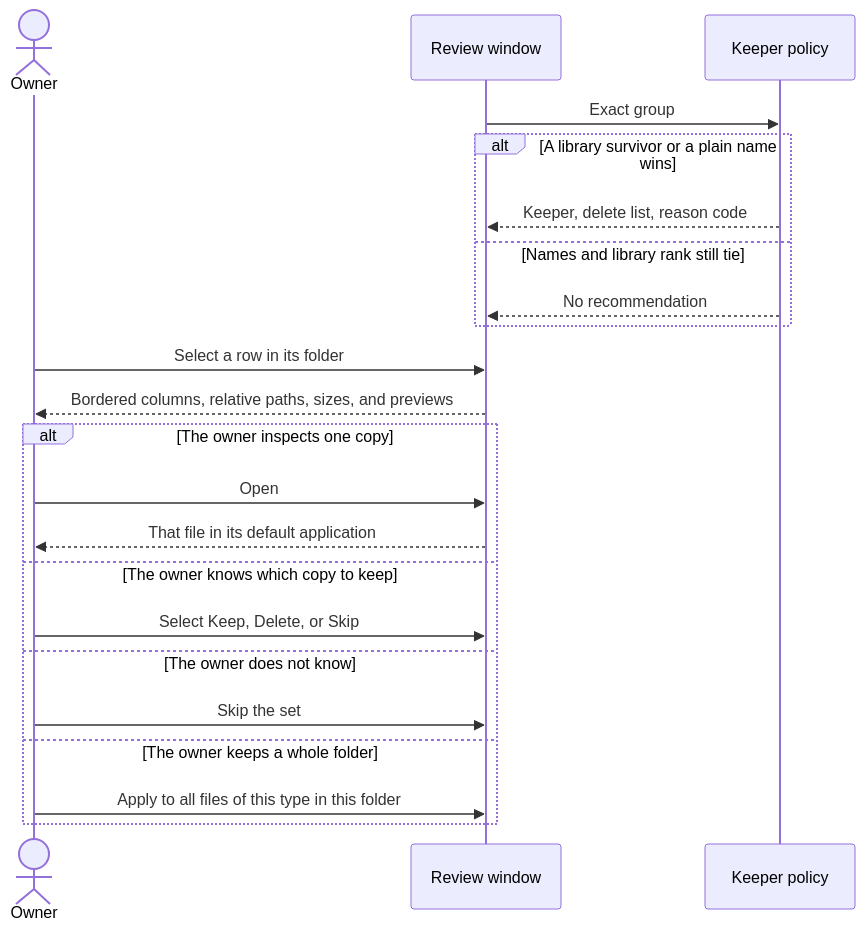
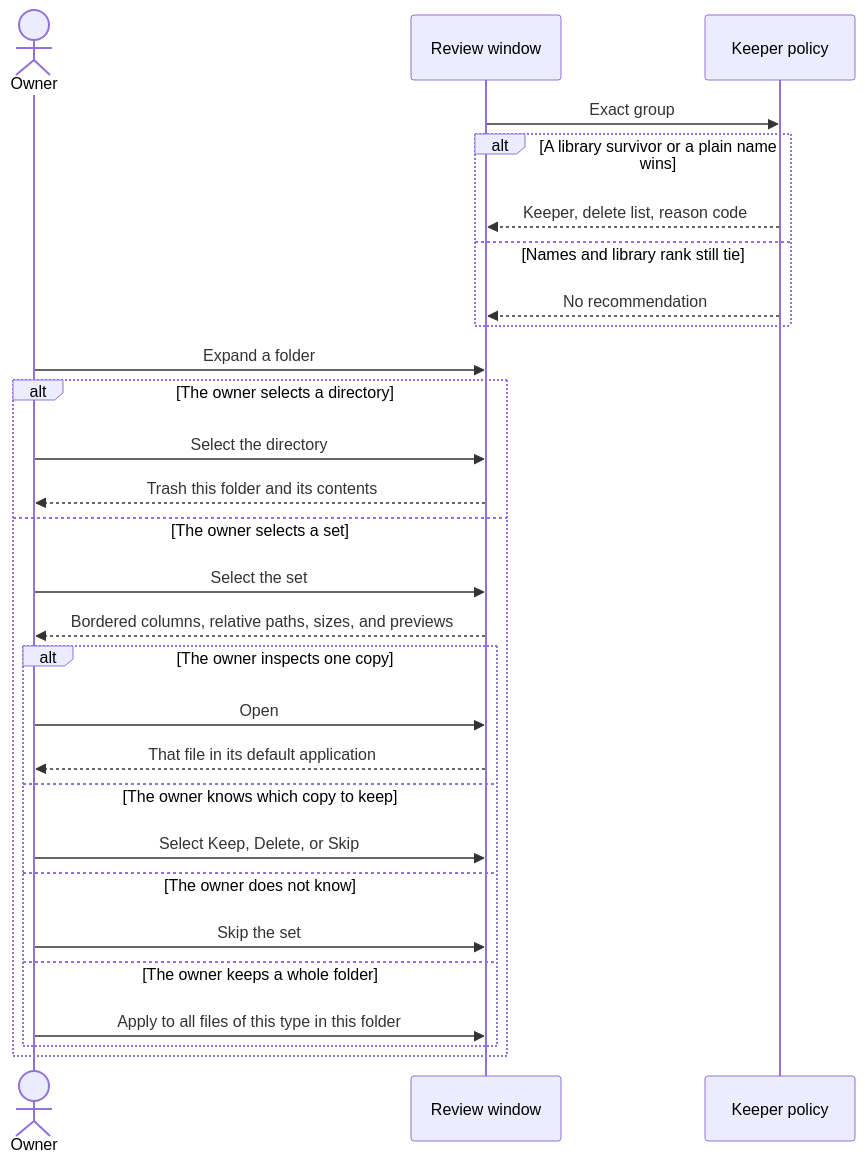
Before and after one commit to cionz0/hdsort: the third of 8 diagrams in docs/use-cases.md, drawn with Mermaid. The commit also changed other lines of this file and 11 other files, not shown here.

Commit message:
Let the owner open folders in the outline and trash a selected folder with its contents.

````diff
--- a/docs/use-cases.md
+++ b/docs/use-cases.md
@@ -63,24 +63,30 @@
 ```mermaid
 sequenceDiagram
   actor Owner
   participant Window as Review window
   participant Policy as Keeper policy
   Window->>Policy: Exact group
   alt A library survivor or a plain name wins
     Policy-->>Window: Keeper, delete list, reason code
   else Names and library rank still tie
     Policy-->>Window: No recommendation
   end
-  Owner->>Window: Select a row in its folder
-  Window-->>Owner: Bordered columns, relative paths, sizes, and previews
-  alt The owner inspects one copy
-    Owner->>Window: Open
-    Window-->>Owner: That file in its default application
-  else The owner knows which copy to keep
-    Owner->>Window: Select Keep, Delete, or Skip
-  else The owner does not know
-    Owner->>Window: Skip the set
-  else The owner keeps a whole folder
-    Owner->>Window: Apply to all files of this type in this folder
+  Owner->>Window: Expand a folder
+  alt The owner selects a directory
+    Owner->>Window: Select the directory
+    Window-->>Owner: Trash this folder and its contents
+  else The owner selects a set
+    Owner->>Window: Select the set
+    Window-->>Owner: Bordered columns, relative paths, sizes, and previews
+    alt The owner inspects one copy
+      Owner->>Window: Open
+      Window-->>Owner: That file in its default application
+    else The owner knows which copy to keep
+      Owner->>Window: Select Keep, Delete, or Skip
+    else The owner does not know
+      Owner->>Window: Skip the set
+    else The owner keeps a whole folder
+      Owner->>Window: Apply to all files of this type in this folder
+    end
   end
 ```
````
